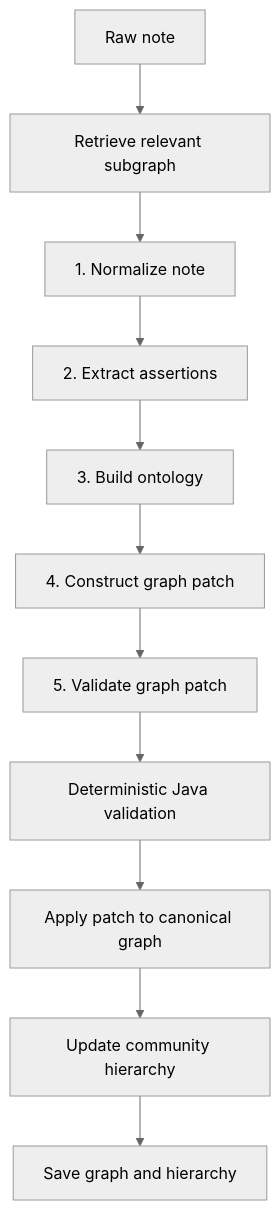
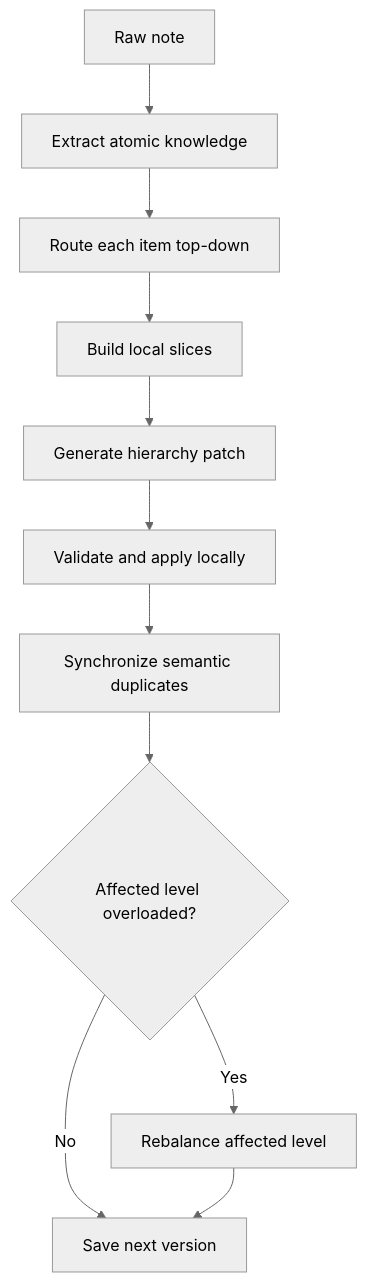
Before and after one commit to kuchuk-borom-debbarma/Knodeledge: the second of 2 diagrams in knodeledge-spring/docs/1.system_overview.md, drawn with Mermaid (neutral theme). The commit also changed other lines of this file and 65 other files, not shown here.

````diff
--- a/knodeledge-spring/docs/1.system_overview.md
+++ b/knodeledge-spring/docs/1.system_overview.md
@@ -68,13 +115,13 @@
 ```mermaid
 flowchart TD
-    N[Raw note] --> R[Retrieve relevant subgraph]
-    R --> S1[1. Normalize note]
-    S1 --> S2[2. Extract assertions]
-    S2 --> S3[3. Build ontology]
-    S3 --> S4[4. Construct graph patch]
-    S4 --> S5[5. Validate graph patch]
-    S5 --> D[Deterministic Java validation]
-    D --> A[Apply patch to canonical graph]
-    A --> H[Update community hierarchy]
-    H --> C[Save graph and hierarchy]
+    N[Raw note] --> E[Extract atomic knowledge]
+    E --> R[Route each item top-down]
+    R --> S[Build local slices]
+    S --> P[Generate hierarchy patch]
+    P --> V[Validate and apply locally]
+    V --> D[Synchronize semantic duplicates]
+    D --> B{Affected level overloaded?}
+    B -->|Yes| RB[Rebalance affected level]
+    B -->|No| SAVE[Save next version]
+    RB --> SAVE
 ```
````
